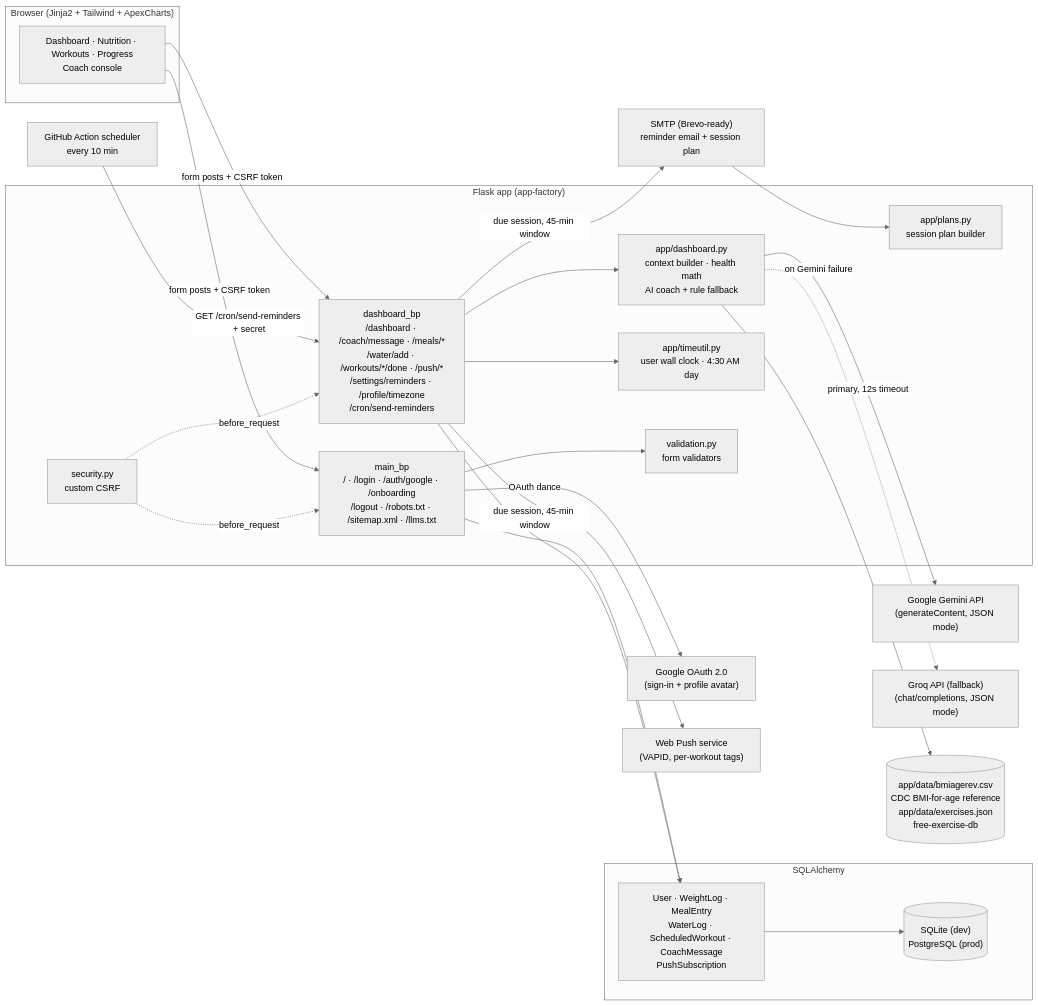
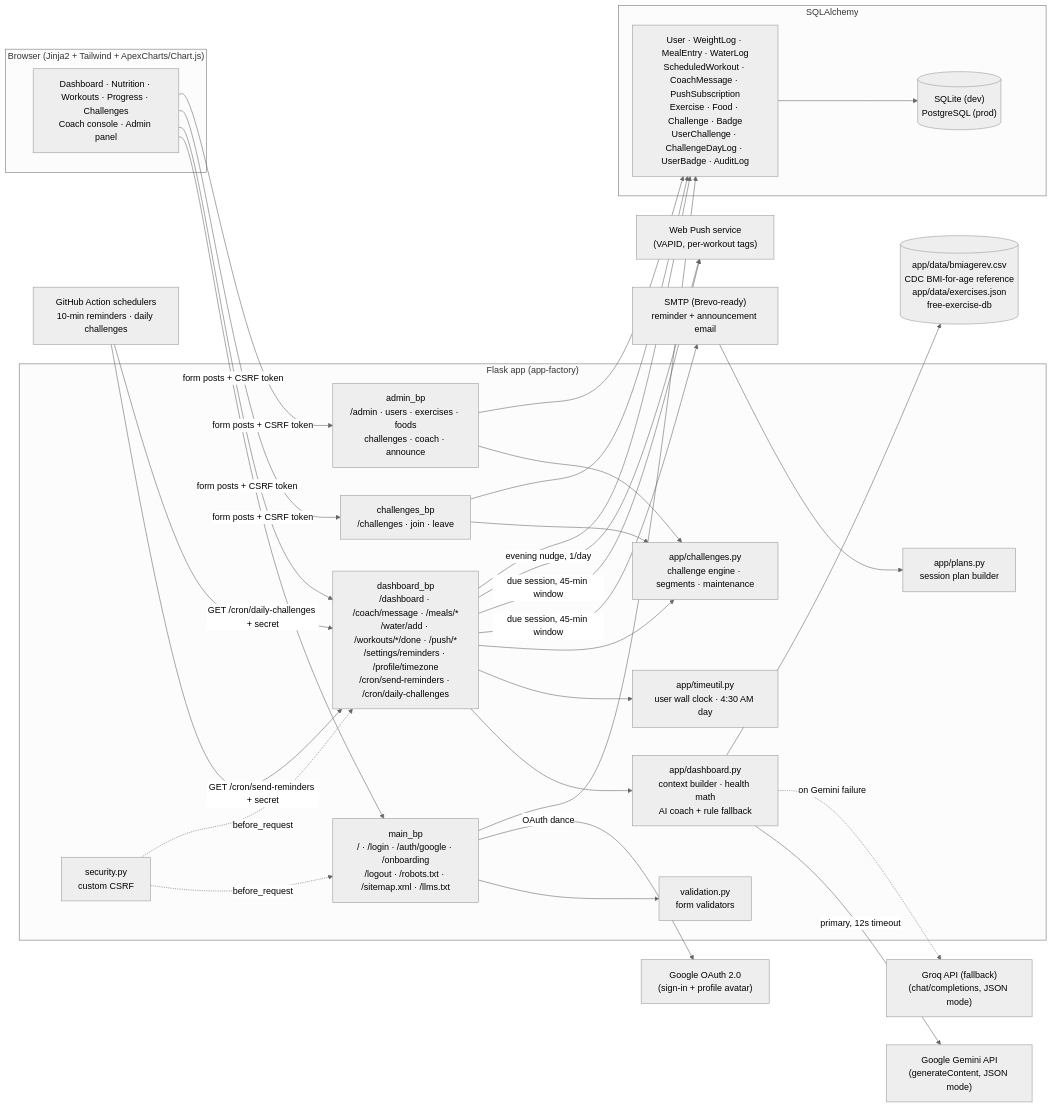
One commit to syncmee/fit-X changed the diagram in README.md. Above: the diagram before and after it, drawn with Mermaid (neutral theme). The commit also changed other lines of this file and 41 other files, not shown here.

First line of the commit message:
Add the admin panel and the challenges system

````diff
--- a/README.md
+++ b/README.md
@@ -154,48 +183,60 @@
 ```mermaid
 flowchart LR
-    subgraph Browser["Browser (Jinja2 + Tailwind + ApexCharts)"]
-        UI["Dashboard · Nutrition · Workouts · Progress<br/>Coach console"]
+    subgraph Browser["Browser (Jinja2 + Tailwind + ApexCharts/Chart.js)"]
+        UI["Dashboard · Nutrition · Workouts · Progress · Challenges<br/>Coach console · Admin panel"]
     end
 
     subgraph Flask["Flask app (app-factory)"]
         BP1["main_bp<br/>/ · /login · /auth/google · /onboarding<br/>/logout · /robots.txt · /sitemap.xml · /llms.txt"]
-        BP2["dashboard_bp<br/>/dashboard · /coach/message · /meals/*<br/>/water/add · /workouts/*/done · /push/*<br/>/settings/reminders · /profile/timezone<br/>/cron/send-reminders"]
+        BP2["dashboard_bp<br/>/dashboard · /coach/message · /meals/*<br/>/water/add · /workouts/*/done · /push/*<br/>/settings/reminders · /profile/timezone<br/>/cron/send-reminders · /cron/daily-challenges"]
+        BP3["challenges_bp<br/>/challenges · join · leave"]
+        BP4["admin_bp<br/>/admin · users · exercises · foods<br/>challenges · coach · announce"]
         CORE["app/dashboard.py<br/>context builder · health math<br/>AI coach + rule fallback"]
+        CHL["app/challenges.py<br/>challenge engine · segments · maintenance"]
         PLANS["app/plans.py<br/>session plan builder"]
         TIME["app/timeutil.py<br/>user wall clock · 4:30 AM day"]
         SEC["security.py<br/>custom CSRF"]
         VAL["validation.py<br/>form validators"]
     end
 
     subgraph Data["SQLAlchemy"]
         DB[("SQLite (dev)<br/>PostgreSQL (prod)")]
-        MODELS["User · WeightLog · MealEntry<br/>WaterLog · ScheduledWorkout · CoachMessage<br/>PushSubscription"]
+        MODELS["User · WeightLog · MealEntry · WaterLog<br/>ScheduledWorkout · CoachMessage · PushSubscription<br/>Exercise · Food · Challenge · Badge<br/>UserChallenge · ChallengeDayLog · UserBadge · AuditLog"]
     end
 
     GEMINI["Google Gemini API<br/>(generateContent, JSON mode)"]
     GROQ["Groq API (fallback)<br/>(chat/completions, JSON mode)"]
     GOAUTH["Google OAuth 2.0<br/>(sign-in + profile avatar)"]
-    SMTP["SMTP (Brevo-ready)<br/>reminder email + session plan"]
+    SMTP["SMTP (Brevo-ready)<br/>reminder + announcement email"]
     PUSH["Web Push service<br/>(VAPID, per-workout tags)"]
-    CRON["GitHub Action scheduler<br/>every 10 min"]
+    CRON["GitHub Action schedulers<br/>10-min reminders · daily challenges"]
     CSV[("app/data/bmiagerev.csv<br/>CDC BMI-for-age reference<br/>app/data/exercises.json<br/>free-exercise-db")]
 
     UI -->|form posts + CSRF token| BP1
     UI -->|form posts + CSRF token| BP2
+    UI -->|form posts + CSRF token| BP3
+    UI -->|form posts + CSRF token| BP4
     BP1 --> VAL
     BP1 -->|OAuth dance| GOAUTH
     BP2 --> CORE
     BP2 --> TIME
+    BP2 --> CHL
+    BP3 --> CHL
+    BP4 --> CHL
     CORE -->|primary, 12s timeout| GEMINI
     CORE -.->|on Gemini failure| GROQ
     CORE --> CSV
     CRON -->|GET /cron/send-reminders + secret| BP2
+    CRON -->|GET /cron/daily-challenges + secret| BP2
     BP2 -->|due session, 45-min window| SMTP
     BP2 -->|due session, 45-min window| PUSH
+    BP2 -->|evening nudge, 1/day| PUSH
     SMTP --> PLANS
     BP1 --> MODELS
     BP2 --> MODELS
+    BP3 --> MODELS
+    BP4 --> MODELS
     MODELS --> DB
     SEC -.->|before_request| BP1
     SEC -.->|before_request| BP2
 ```
````
